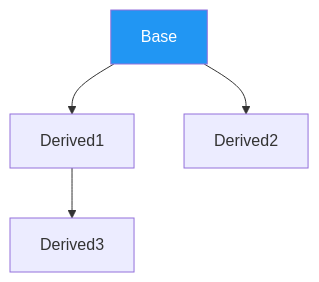
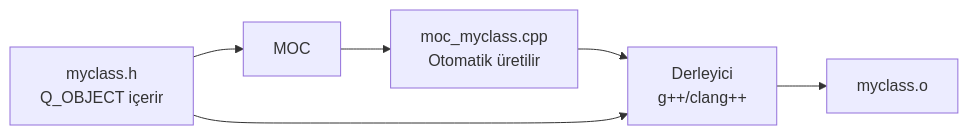
The second of 4 diagrams in docs/md/programming/cpp.md (serkanMzlm/MechatronicsNotebook), drawn with Mermaid before and after one commit. The commit also changed other lines of this file and 2 other files, not shown here.

````diff
--- a/docs/md/programming/cpp.md
+++ b/docs/md/programming/cpp.md
@@ -495,7 +887,8 @@
 ```mermaid
-graph TD
-    A[Base] --> B[Derived1]
-    A --> C[Derived2]
-    B --> D[Derived3]
-    style A fill:#2196F3,color:#fff
+graph LR
+    A[myclass.h\nQ_OBJECT içerir] --> B[MOC]
+    B --> C[moc_myclass.cpp\nOtomatik üretilir]
+    C --> D[Derleyici\ng++/clang++]
+    A --> D
+    D --> E[myclass.o]
 ```
````
